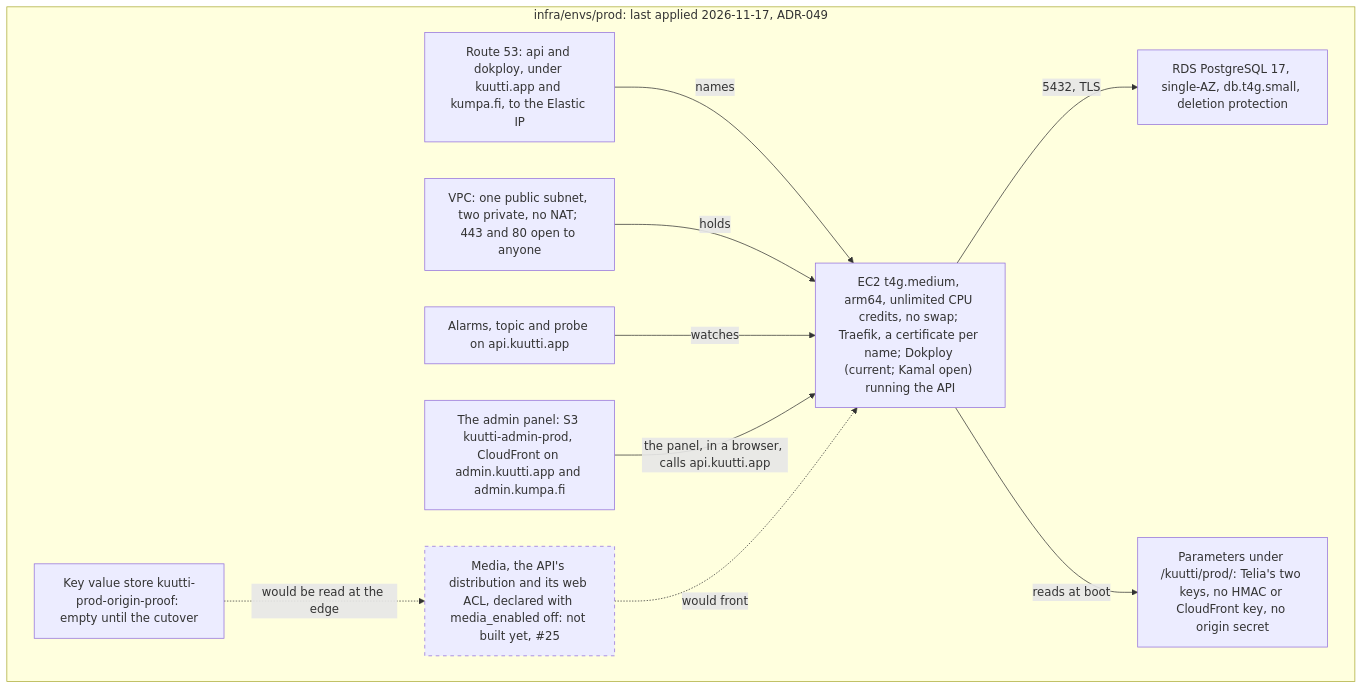
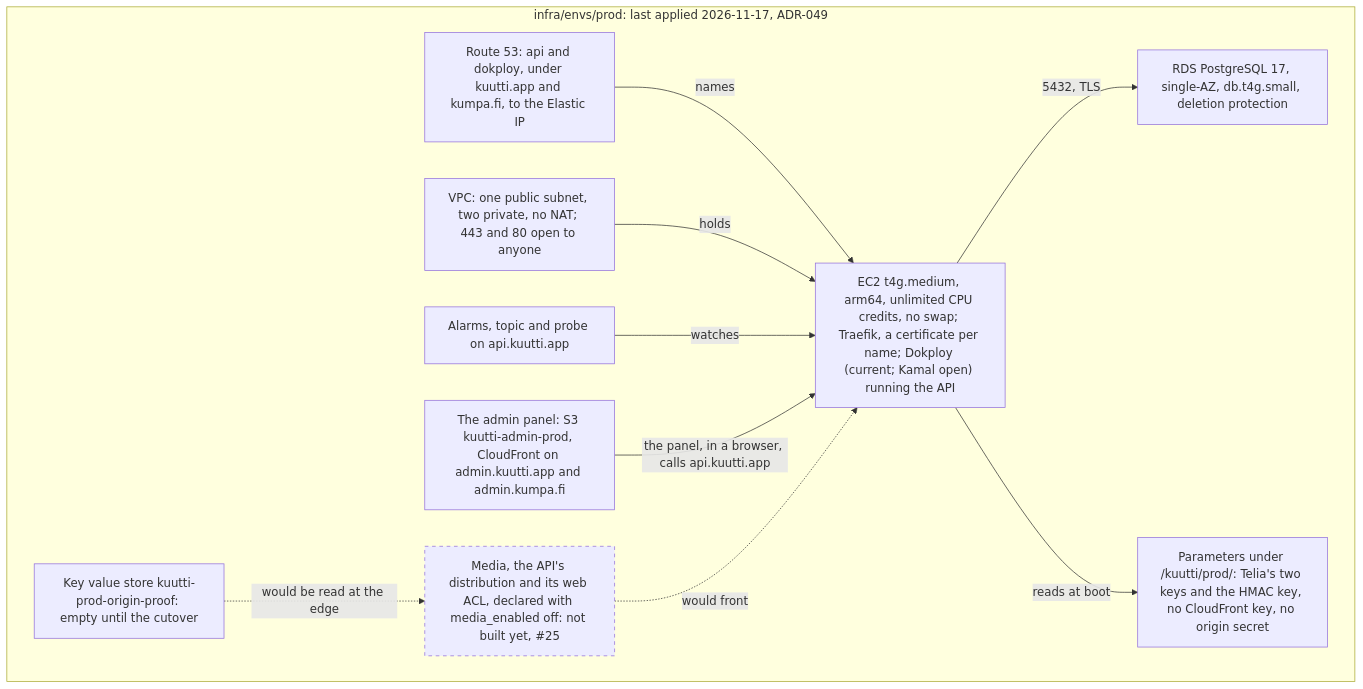
The fourth of 5 diagrams in docs/architecture/deployment.md (kuutti-ry/kumpa-app), drawn with Mermaid before and after one commit. The commit also changed other lines of this file and 2 other files, not shown here.

Commit message:
Record production's hetu HMAC key
Refs #25

````diff
--- a/docs/architecture/deployment.md
+++ b/docs/architecture/deployment.md
@@ -215,25 +215,25 @@
 ```mermaid
 flowchart TB
   accTitle: Deployment, part 5: production
   accDescr: infra/envs/prod, applied before the first release from rehearsal tags, the last on 2026-11-17, composes the same network, box, database, alarms and parameters as staging, with a larger box, a larger database class and deletion protection. api and dokploy, under kuutti.app and kumpa.fi, point at the box's Elastic IP, where Traefik holds a certificate for each name and Dokploy runs one application, the API, pinned to an attested commit and with bank identification off. The admin panel has its own bucket and distribution on admin.kuutti.app and admin.kumpa.fi, and calls the API. The store of the origin proof exists and is empty; the media module, with the API's distribution and its web ACL, is declared switched off.
   subgraph prodenv["infra/envs/prod: last applied 2026-11-17, ADR-049"]
     n49["Route 53: api and dokploy, under kuutti.app and kumpa.fi, to the Elastic IP"]
     n50["VPC: one public subnet, two private, no NAT; 443 and 80 open to anyone"]
     n51["EC2 t4g.medium, arm64, unlimited CPU credits, no swap; Traefik, a certificate per name; Dokploy (current; Kamal open) running the API"]
     n52["RDS PostgreSQL 17, single-AZ, db.t4g.small, deletion protection"]
-    n53["Parameters under /kuutti/prod/: Telia's two keys, no HMAC or CloudFront key, no origin secret"]
+    n53["Parameters under /kuutti/prod/: Telia's two keys and the HMAC key, no CloudFront key, no origin secret"]
     n54["Alarms, topic and probe on api.kuutti.app"]
     n56["The admin panel: S3 kuutti-admin-prod, CloudFront on admin.kuutti.app and admin.kumpa.fi"]
     n70["Key value store kuutti-prod-origin-proof: empty until the cutover"]
     n55["Media, the API's distribution and its web ACL, declared with media_enabled off: not built yet, #25"]:::notbuilt
   end
   n49 -->|"names"| n51
   n50 -->|"holds"| n51
   n51 -->|"5432, TLS"| n52
   n51 -->|"reads at boot"| n53
   n54 -->|"watches"| n51
   n56 -->|"the panel, in a browser, calls api.kuutti.app"| n51
   n70 -.->|"would be read at the edge"| n55
   n55 -.->|"would front"| n51
   classDef notbuilt stroke-dasharray: 5 5
 ```
````
